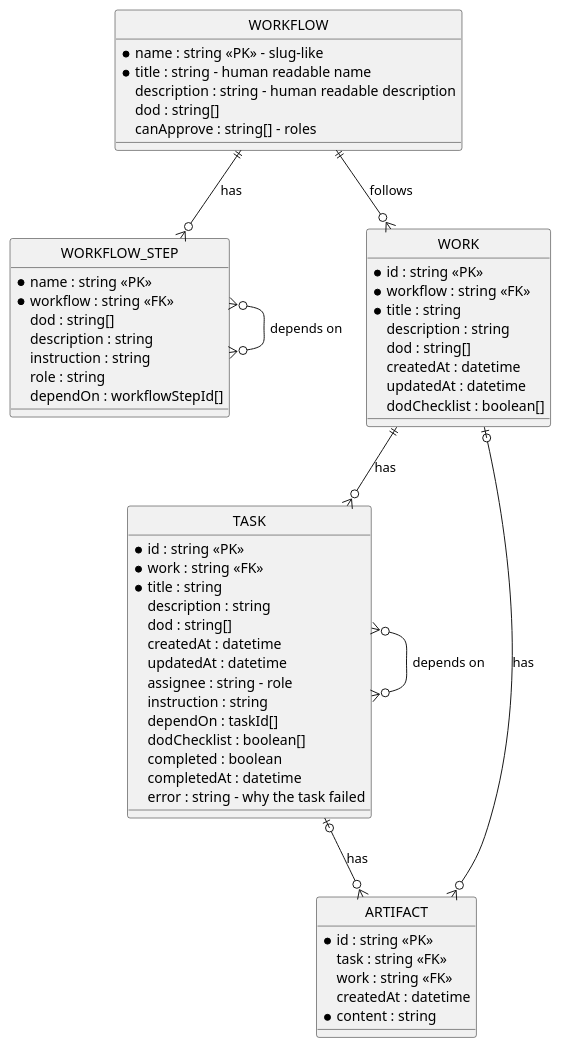
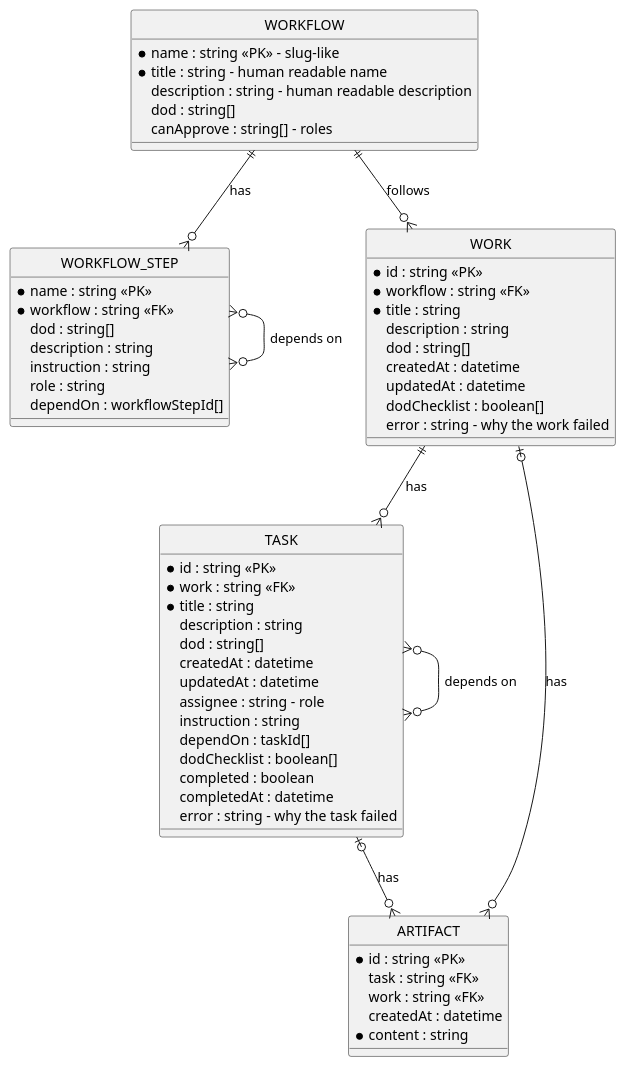
The diagram in docs/08_concepts/storage/storage.md (longlh/superteam), drawn with PlantUML before and after one commit. The commit also changed other lines of this file and 18 other files, not shown here.

````diff
--- a/docs/08_concepts/storage/storage.md
+++ b/docs/08_concepts/storage/storage.md
@@ -25,67 +25,68 @@
 ```plantuml
 @startuml
 hide circle
 
 entity WORKFLOW {
   * name : string <<PK>> - slug-like
   * title : string - human readable name
   description : string - human readable description
   dod : string[]
   canApprove : string[] - roles
 }
 
 entity WORKFLOW_STEP {
   * name : string <<PK>>
   * workflow : string <<FK>>
   dod : string[]
   description : string
   instruction : string
   role : string
   dependOn : workflowStepId[]
 }
 
 entity WORK {
   * id : string <<PK>>
   * workflow : string <<FK>>
   * title : string
   description : string
   dod : string[]
   createdAt : datetime
   updatedAt : datetime
   dodChecklist : boolean[]
+  error : string - why the work failed
 }
 
 entity TASK {
   * id : string <<PK>>
   * work : string <<FK>>
   * title : string
   description : string
   dod : string[]
   createdAt : datetime
   updatedAt : datetime
   assignee : string - role
   instruction : string
   dependOn : taskId[]
   dodChecklist : boolean[]
   completed : boolean
   completedAt : datetime
   error : string - why the task failed
 }
 
 entity ARTIFACT {
   * id : string <<PK>>
   task : string <<FK>>
   work : string <<FK>>
   createdAt : datetime
   * content : string
 }
 
 WORKFLOW ||--o{ WORKFLOW_STEP : has
 WORKFLOW_STEP }o--o{ WORKFLOW_STEP : depends on
 WORKFLOW ||--o{ WORK : follows
 WORK ||--o{ TASK : has
 TASK }o--o{ TASK : depends on
 TASK |o--o{ ARTIFACT : has
 WORK |o--o{ ARTIFACT : has
 @enduml
 ```
````
